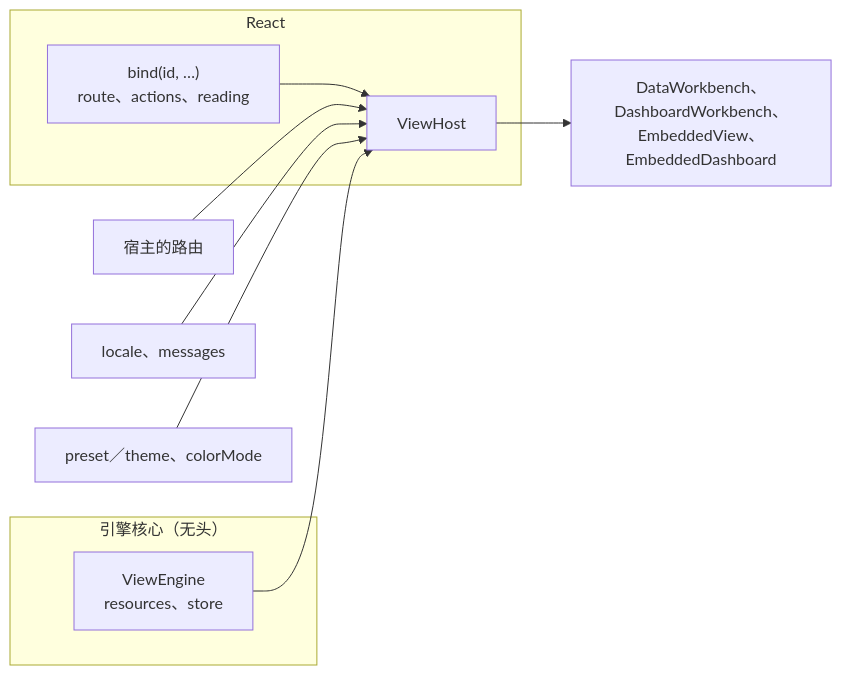
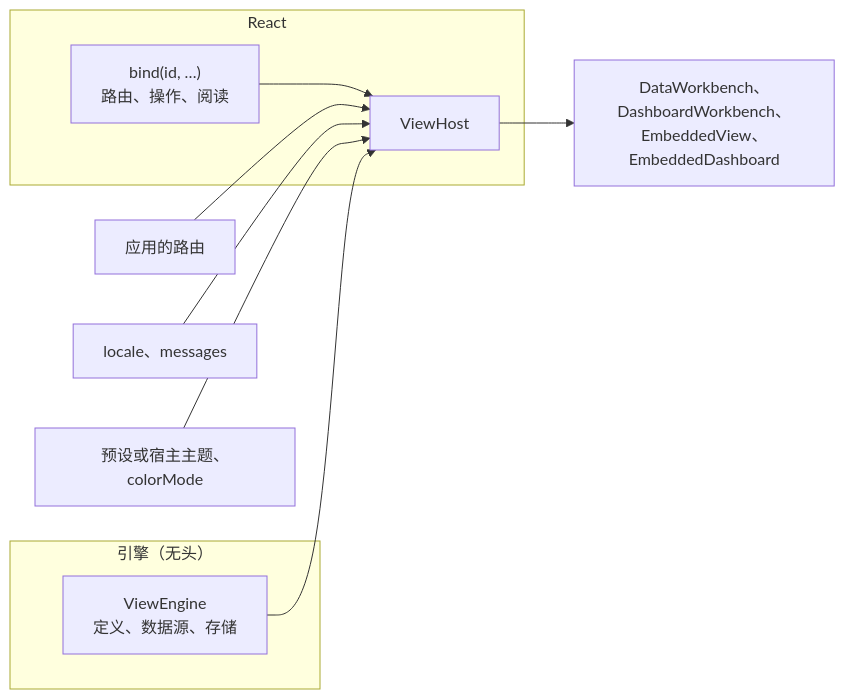
Before and after one commit to Ahoo-Wang/Wow: the diagram in documentation/docs/zh/typescript/view-engine/host.md, drawn with Mermaid. The commit also changed other lines of this file and 9 other files, not shown here.

Commit message:
docs(v10): the Chinese view engine pages and the workbench page (W0 group 5, zh)

````diff
--- a/documentation/docs/zh/typescript/view-engine/host.md
+++ b/documentation/docs/zh/typescript/view-engine/host.md
@@ -12,16 +12,16 @@
 ```mermaid
 flowchart LR
-    subgraph Core["引擎核心（无头）"]
-        Engine["ViewEngine<br>resources、store"]
+    subgraph Core["引擎（无头）"]
+        Engine["ViewEngine<br>定义、数据源、存储"]
     end
-    subgraph React["React"]
+    subgraph React
         Host["ViewHost"]
-        Bindings["bind(id, …)<br>route、actions、reading"]
+        Bindings["bind(id, …)<br>路由、操作、阅读"]
     end
-    Router["宿主的路由"] --> Host
+    Router["应用的路由"] --> Host
     Words["locale、messages"] --> Host
-    Theme["preset／theme、colorMode"] --> Host
+    Theme["预设或宿主主题、colorMode"] --> Host
     Engine --> Host
     Bindings --> Host
     Host --> Pages["DataWorkbench、DashboardWorkbench、<br>EmbeddedView、EmbeddedDashboard"]
 ```
````
